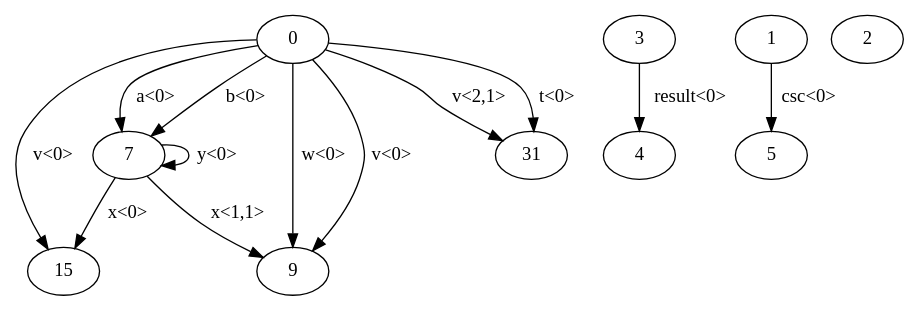
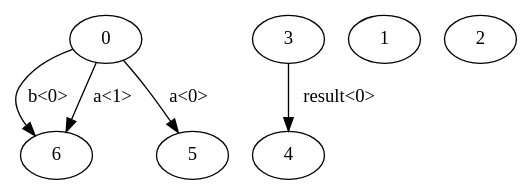
The diagram in AliasingImpl/source/test.dot (varivera/aliasing-java), drawn with Graphviz before and after one commit. The commit also changed 8 other files, not shown here.

```diff
--- a/AliasingImpl/source/test.dot
+++ b/AliasingImpl/source/test.dot
@@ -1,24 +1,13 @@
 digraph G {
-n7->n15 [label="x<0>"]
-n7->n7 [label="y<0>"]
-n7->n9 [label="x<1,1>"]
-n0->n7 [label="b<0>"]
-n0->n31 [label="t<0>"]
-n0->n15 [label="v<0>"]
-n0->n9 [label="v<0>"]
-n0->n9 [label="w<0>"]
-n0->n31 [label="v<2,1>"]
-n0->n7 [label="a<0>"]
+n0->n6 [label="b<0>"]
+n0->n6 [label="a<1>"]
+n0->n5 [label="a<0>"]
 n0[label="0"]
-n15[label="15"]
-n7[label="7"]
-n9[label="9"]
-n31[label="31"]
+n5[label="5"]
+n6[label="6"]
 n3->n4 [label="result<0>"]
 n3[label="3"]
 n4[label="4"]
-n1->n5 [label="csc<0>"]
 n1[label="1"]
-n5[label="5"]
 n2[label="2"]
 }
```
